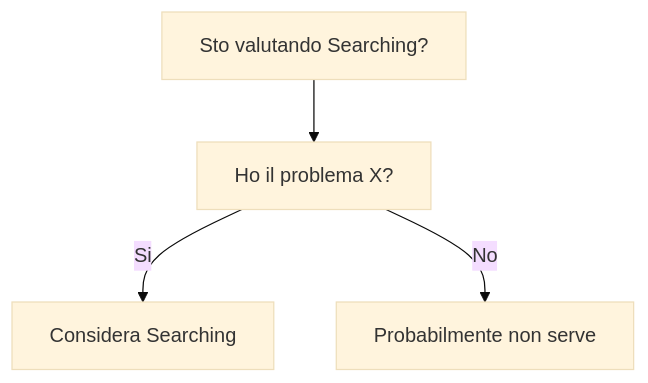
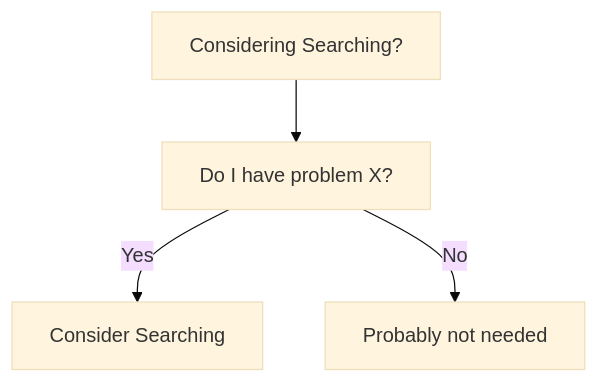
The diagram in dev-wiki/15_Algorithms_DataStructures/Searching/When_To_Use.md (HxT9/Software-Dev-Wiki), drawn with Mermaid (base theme) before and after one commit. The commit also changed other lines of this file and 3444 other files, not shown here.

````diff
--- a/dev-wiki/15_Algorithms_DataStructures/Searching/When_To_Use.md
+++ b/dev-wiki/15_Algorithms_DataStructures/Searching/When_To_Use.md
@@ -19,6 +19,6 @@
 ```mermaid
 flowchart TD
-  Q[Sto valutando Searching?] --> Q1[Ho il problema X?]
-  Q1 -->|Si| OK[Considera Searching]
-  Q1 -->|No| NO[Probabilmente non serve]
+  Q[Considering Searching?] --> Q1[Do I have problem X?]
+  Q1 -->|Yes| OK[Consider Searching]
+  Q1 -->|No| NO[Probably not needed]
 ```
````
